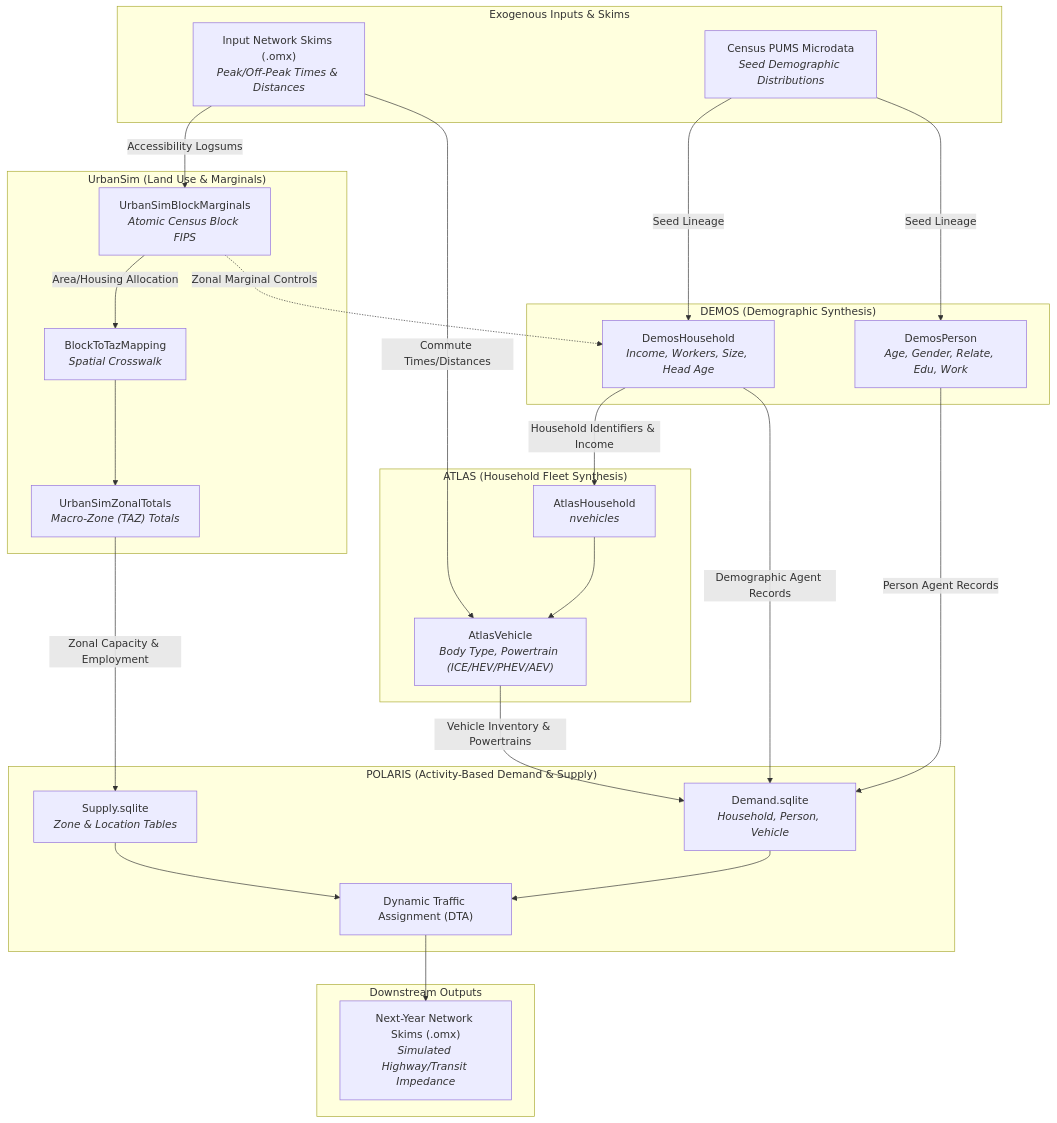
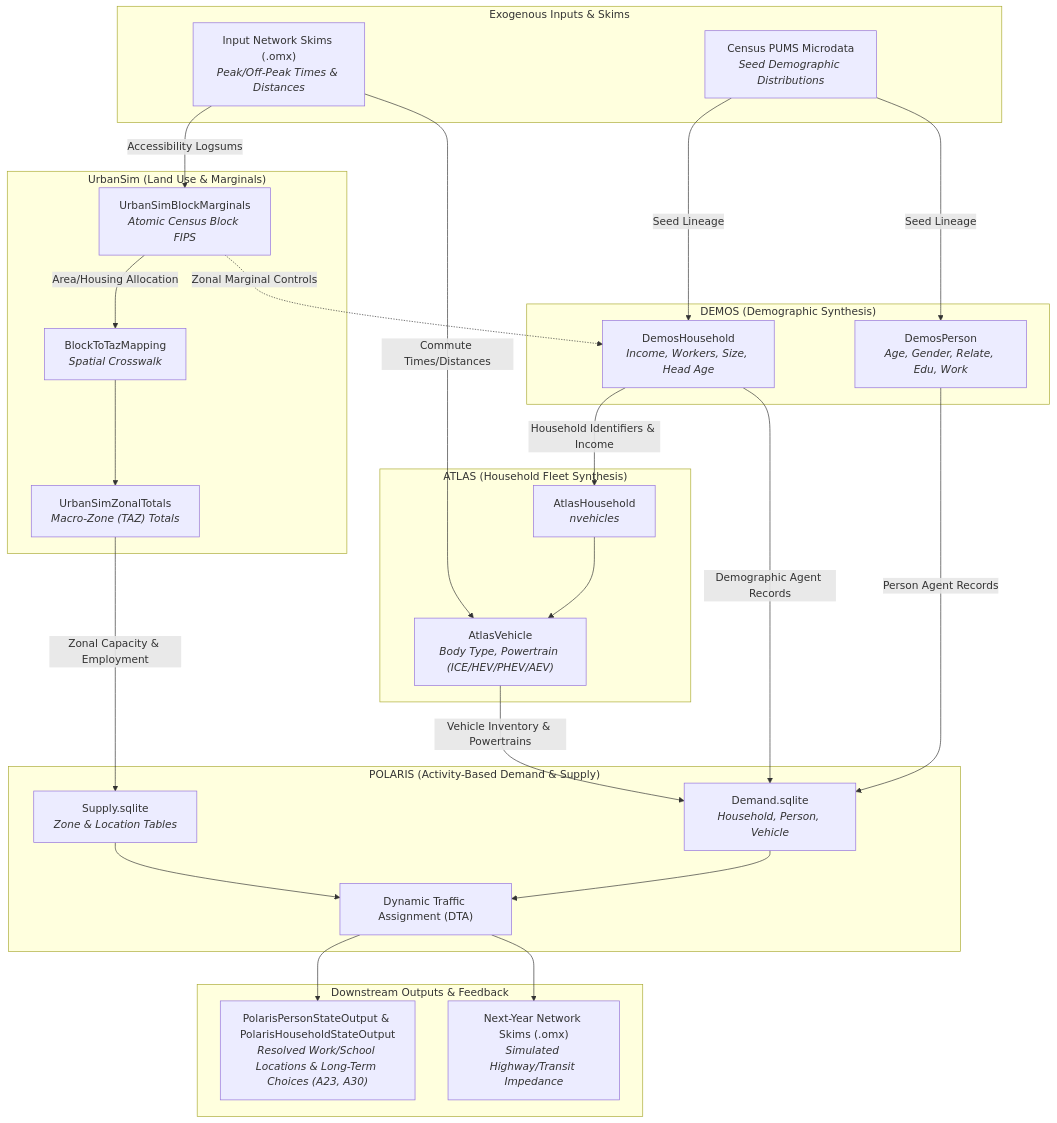
The first of 10 diagrams in docs/cross-model-mappings/deliverable_1_uml.md (LBNL-UCB-STI/synergy-schema), drawn with Mermaid before and after one commit. The commit also changed other lines of this file and 22 other files, not shown here.

Commit message:
feat(schema): upgrade LinkML to 1.12.1, add array skims, default BeamNetworkSkims, and POLARIS state outputs

````diff
--- a/docs/cross-model-mappings/deliverable_1_uml.md
+++ b/docs/cross-model-mappings/deliverable_1_uml.md
@@ -16,67 +16,70 @@
     ```mermaid
     flowchart TD
         subgraph Inputs ["Exogenous Inputs & Skims"]
             SkimsIn["Input Network Skims (.omx)<br/><i>Peak/Off-Peak Times & Distances</i>"]
             PUMS["Census PUMS Microdata<br/><i>Seed Demographic Distributions</i>"]
         end
 
         subgraph UrbanSim ["UrbanSim (Land Use & Marginals)"]
             US_Block["UrbanSimBlockMarginals<br/><i>Atomic Census Block FIPS</i>"]
             US_Map["BlockToTazMapping<br/><i>Spatial Crosswalk</i>"]
             US_Zone["UrbanSimZonalTotals<br/><i>Macro-Zone (TAZ) Totals</i>"]
         end
 
         subgraph DEMOS ["DEMOS (Demographic Synthesis)"]
             DEMOS_HH["DemosHousehold<br/><i>Income, Workers, Size, Head Age</i>"]
             DEMOS_P["DemosPerson<br/><i>Age, Gender, Relate, Edu, Work</i>"]
         end
 
         subgraph ATLAS ["ATLAS (Household Fleet Synthesis)"]
             ATLAS_HH["AtlasHousehold<br/><i>nvehicles</i>"]
             ATLAS_V["AtlasVehicle<br/><i>Body Type, Powertrain (ICE/HEV/PHEV/AEV)</i>"]
         end
 
         subgraph POLARIS ["POLARIS (Activity-Based Demand & Supply)"]
             POL_Supply["Supply.sqlite<br/><i>Zone & Location Tables</i>"]
             POL_Demand["Demand.sqlite<br/><i>Household, Person, Vehicle</i>"]
             POL_DTA["Dynamic Traffic Assignment (DTA)"]
         end
 
-        subgraph Outputs ["Downstream Outputs"]
+        subgraph Outputs ["Downstream Outputs & Feedback"]
+            POL_StateOut["PolarisPersonStateOutput & PolarisHouseholdStateOutput<br/><i>Resolved Work/School Locations & Long-Term Choices (A23, A30)</i>"]
             SkimsOut["Next-Year Network Skims (.omx)<br/><i>Simulated Highway/Transit Impedance</i>"]
         end
 
         %% Connections
         SkimsIn -->|Accessibility Logsums| US_Block
         SkimsIn -->|Commute Times/Distances| ATLAS_V
         PUMS -->|Seed Lineage| DEMOS_HH
         PUMS -->|Seed Lineage| DEMOS_P
 
         US_Block -->|Area/Housing Allocation| US_Map
         US_Map --> US_Zone
         US_Zone -->|Zonal Capacity & Employment| POL_Supply
         US_Block -.->|Zonal Marginal Controls| DEMOS_HH
 
         DEMOS_HH -->|Household Identifiers & Income| ATLAS_HH
         DEMOS_HH -->|Demographic Agent Records| POL_Demand
         DEMOS_P -->|Person Agent Records| POL_Demand
 
         ATLAS_HH --> ATLAS_V
         ATLAS_V -->|Vehicle Inventory & Powertrains| POL_Demand
 
         POL_Supply --> POL_DTA
         POL_Demand --> POL_DTA
+        POL_DTA --> POL_StateOut
         POL_DTA --> SkimsOut
 
         %% Interactive Clickable Schema Links
         click SkimsIn "../schema/InputNetworkSkims/" "View InputNetworkSkims LinkML documentation"
         click US_Block "../schema/UrbanSimBlockMarginals/" "View UrbanSimBlockMarginals LinkML documentation"
         click US_Map "../schema/BlockToTazMapping/" "View BlockToTazMapping LinkML documentation"
         click US_Zone "../schema/UrbanSimZonalTotals/" "View UrbanSimZonalTotals LinkML documentation"
         click DEMOS_HH "../schema/DemosPolarisMappedHousehold/" "View DemosPolarisMappedHousehold LinkML documentation"
         click DEMOS_P "../schema/DemosPolarisMappedPerson/" "View DemosPolarisMappedPerson LinkML documentation"
         click ATLAS_HH "../schema/AtlasHouseholdFleetOutput/" "View AtlasHouseholdFleetOutput LinkML documentation"
         click ATLAS_V "../schema/AtlasVehicleFleetOutput/" "View AtlasVehicleFleetOutput LinkML documentation"
         click POL_Demand "../schema/PolarisDemandDatabaseHousehold/" "View POLARIS Demand Database LinkML documentation"
+        click POL_StateOut "../schema/PolarisPersonStateOutput/" "View PolarisPersonStateOutput LinkML documentation"
         click SkimsOut "../schema/NextYearNetworkSkims/" "View NextYearNetworkSkims LinkML documentation"
     ```
````
